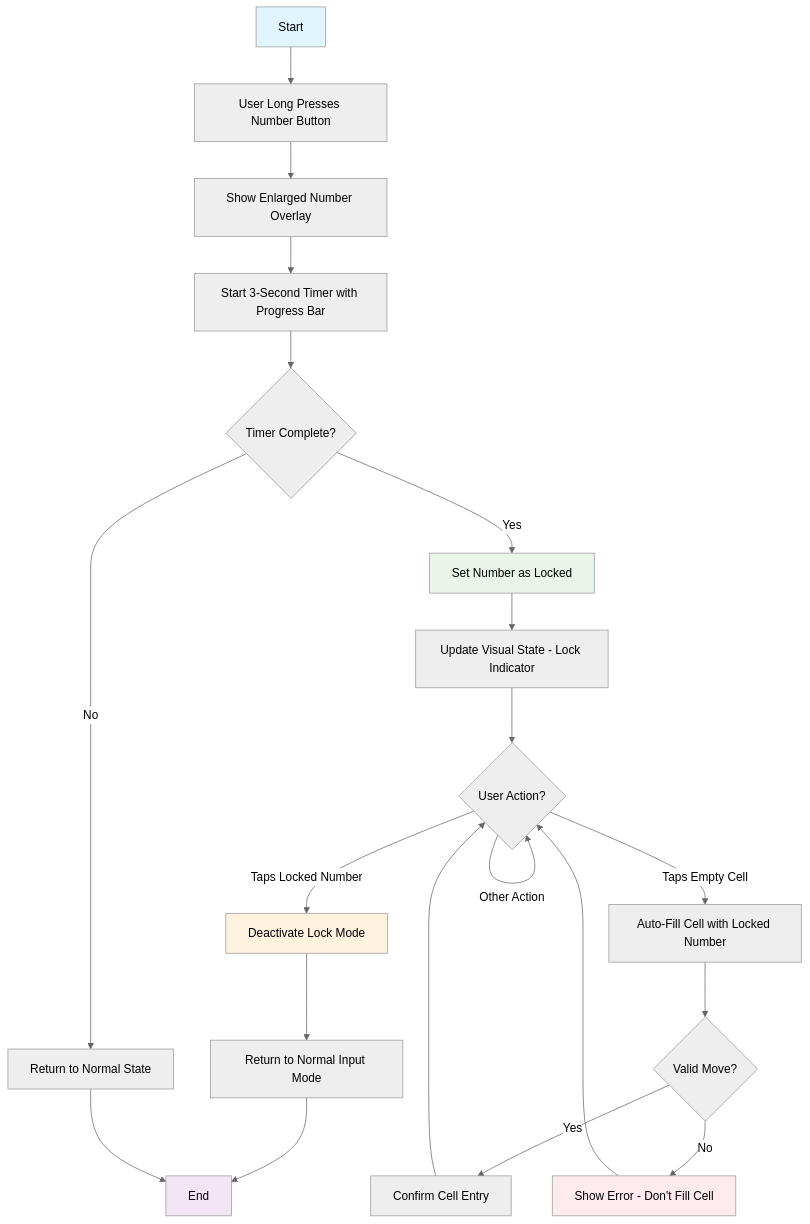
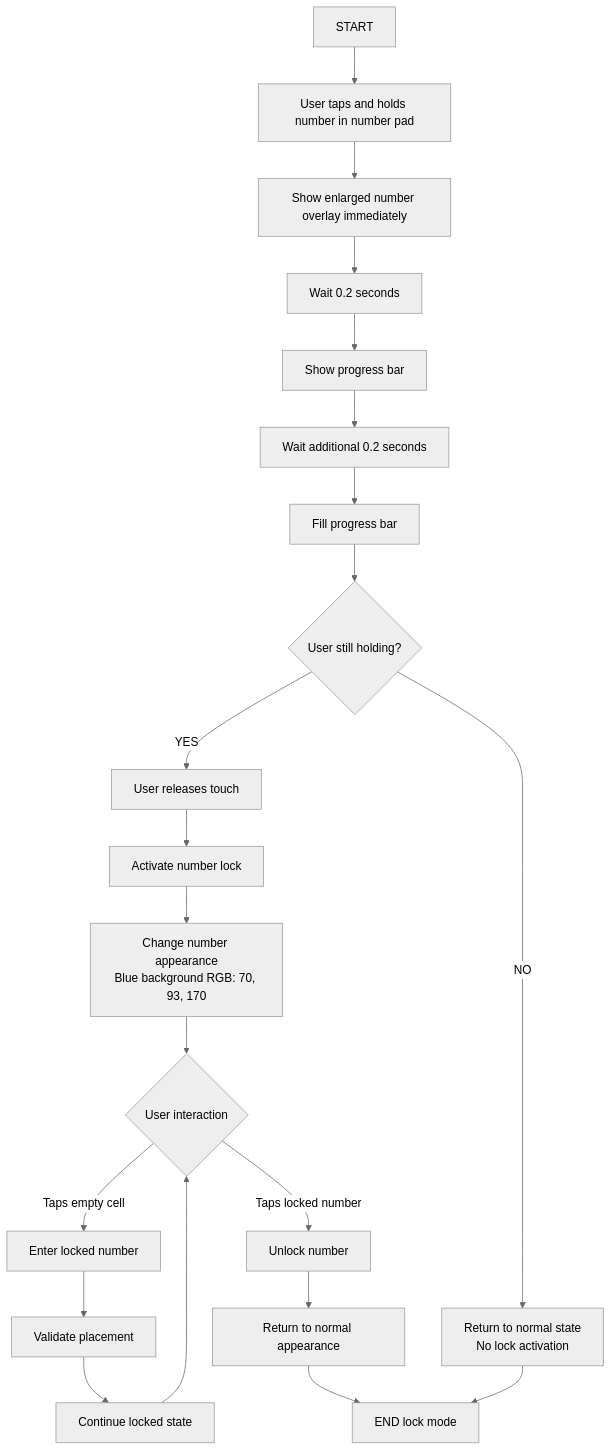
The diagram in Number_Lock_Feature_PRD.md (cloudaipro/SudokuMaster), drawn with Mermaid (neutral theme) before and after one commit. The commit also changed other lines of this file and 13 other files, not shown here.

````diff
--- a/Number_Lock_Feature_PRD.md
+++ b/Number_Lock_Feature_PRD.md
@@ -98,28 +90,23 @@
 ```mermaid
 flowchart TD
-    A[Start] --> B[User Long Presses Number Button]
-    B --> C[Show Enlarged Number Overlay]
-    C --> D[Start 3-Second Timer with Progress Bar]
-    D --> E{Timer Complete?}
-    E -->|No| F[Return to Normal State]
-    E -->|Yes| G[Set Number as Locked]
-    G --> H[Update Visual State - Lock Indicator]
-    H --> I{User Action?}
-    I -->|Taps Empty Cell| J[Auto-Fill Cell with Locked Number]
-    I -->|Taps Locked Number| M[Deactivate Lock Mode]
-    I -->|Other Action| I
-    J --> K{Valid Move?}
-    K -->|Yes| L[Confirm Cell Entry]
-    K -->|No| N[Show Error - Don't Fill Cell]
-    L --> I
-    N --> I
-    M --> O[Return to Normal Input Mode]
-    O --> P[End]
-    F --> P
-    
-    style A fill:#e1f5fe
-    style P fill:#f3e5f5
-    style G fill:#e8f5e8
-    style M fill:#fff3e0
-    style N fill:#ffebee
+    A[START] --> B[User taps and holds number in number pad]
+    B --> C[Show enlarged number overlay immediately]
+    C --> D[Wait 0.2 seconds]
+    D --> E[Show progress bar]
+    E --> F[Wait additional 0.2 seconds]
+    F --> G[Fill progress bar]
+    G --> H{User still holding?}
+    H -->|YES| I[User releases touch]
+    H -->|NO| J[Return to normal state<br/>No lock activation]
+    I --> K[Activate number lock]
+    K --> L[Change number appearance<br/>Blue background RGB: 70, 93, 170]
+    L --> M{User interaction}
+    M -->|Taps empty cell| N[Enter locked number]
+    M -->|Taps locked number| O[Unlock number]
+    N --> P[Validate placement]
+    P --> Q[Continue locked state]
+    Q --> M
+    O --> R[Return to normal appearance]
+    R --> S[END lock mode]
+    J --> S
 ```
````
